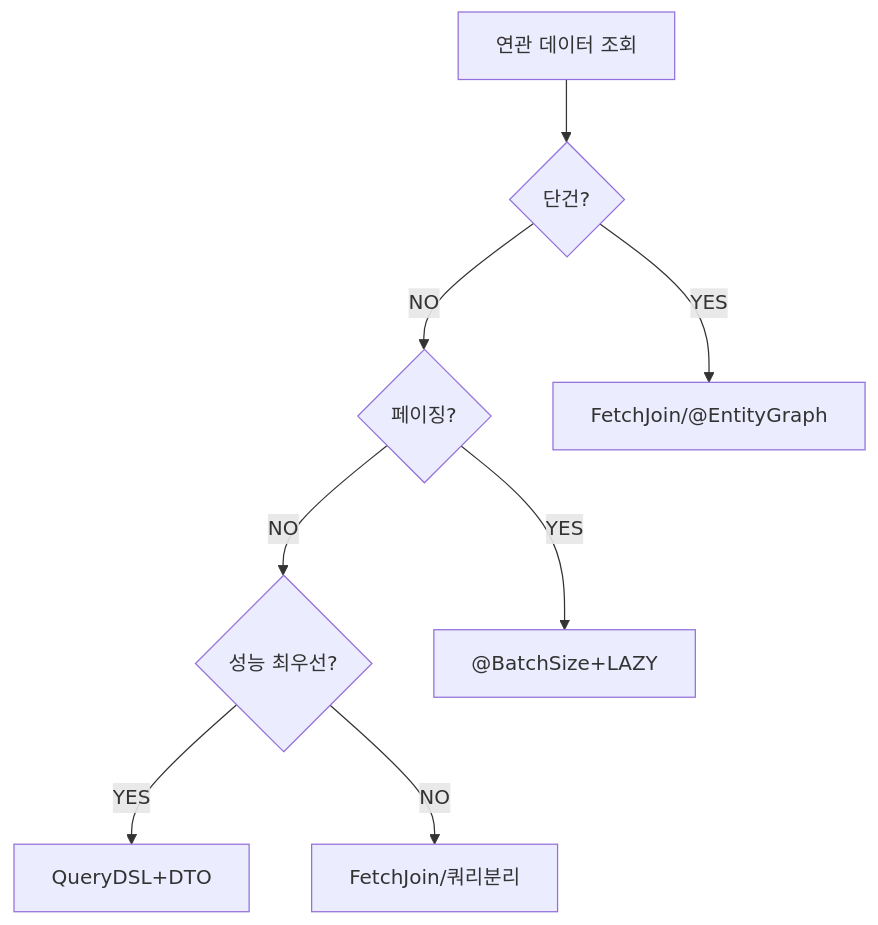
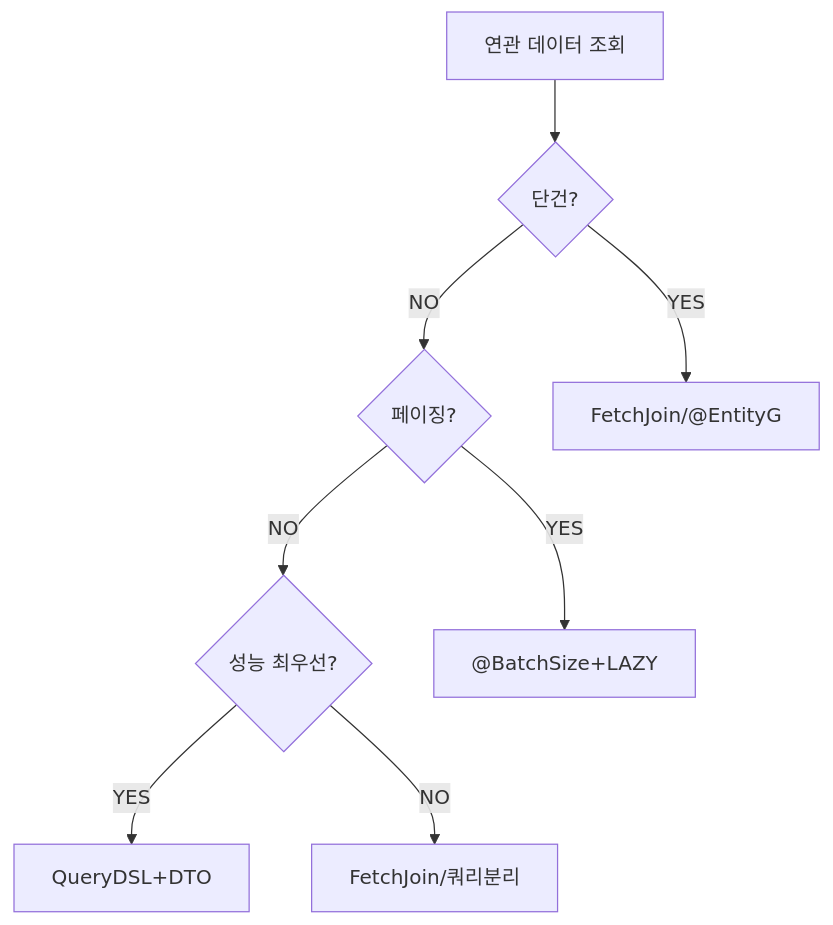
The sixth of 6 diagrams in _posts/jpa/2026-05-01-jpa-n-plus-1.md (yjkim2015/yjkim2015.github.io), drawn with Mermaid before and after one commit. The commit also changed other lines of this file and 271 other files, not shown here.

First line of the commit message:
Mermaid 라벨 축소: 긴 노드 텍스트 18자 이하로 트림 + \n 제거

````diff
--- a/_posts/jpa/2026-05-01-jpa-n-plus-1.md
+++ b/_posts/jpa/2026-05-01-jpa-n-plus-1.md
@@ -640,14 +640,14 @@
 ```mermaid
 graph TD
     S["연관 데이터 조회"]
     Q1{"단건?"}
     Q2{"페이징?"}
     Q3{"성능 최우선?"}
     S --> Q1
-    Q1 -->|YES| A1["FetchJoin/@EntityGraph"]
+    Q1 -->|YES| A1["FetchJoin/@EntityG"]
     Q1 -->|NO| Q2
     Q2 -->|YES| A2["@BatchSize+LAZY"]
     Q2 -->|NO| Q3
     Q3 -->|YES| A3["QueryDSL+DTO"]
     Q3 -->|NO| A4["FetchJoin/쿼리분리"]
 ```
````
